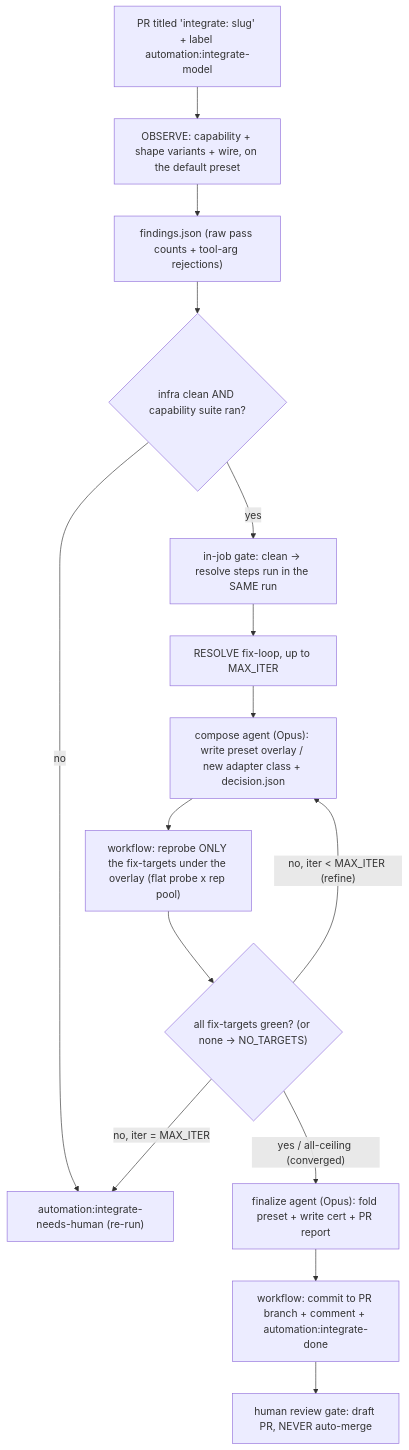
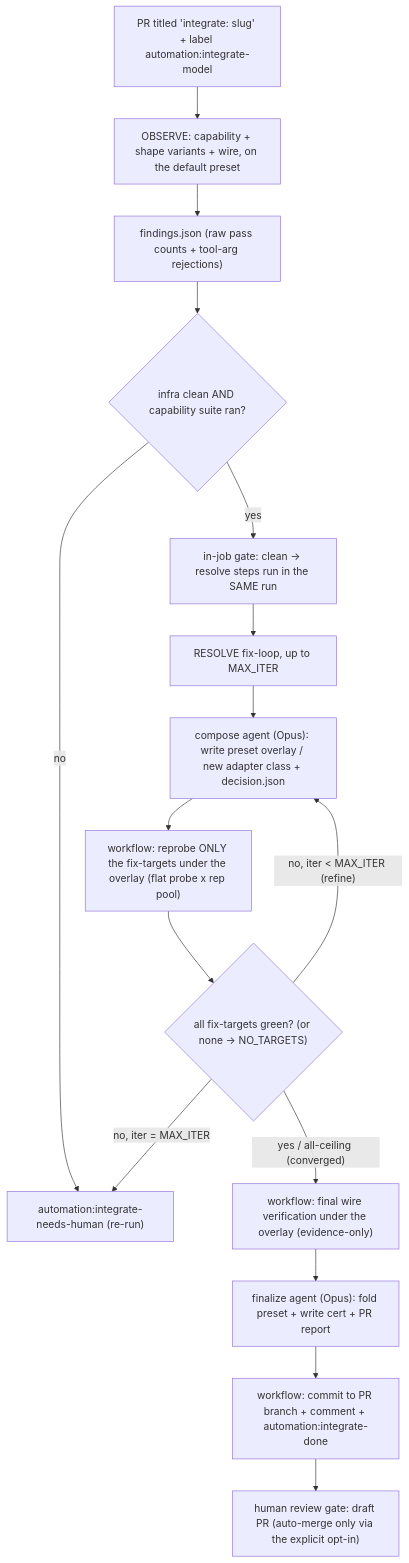
The diagram in docs/AUTO_INTEGRATION.md (Toloka/tolokaforge), drawn with Mermaid before and after one commit. The commit also changed other lines of this file, not shown here.

First line of the commit message:
docs(automation): align the never-merges intro with the auto-merge opt-in; document the gate, wire pass, and artifacts

````diff
--- a/docs/AUTO_INTEGRATION.md
+++ b/docs/AUTO_INTEGRATION.md
@@ -27,17 +28,18 @@
 ```mermaid
 flowchart TD
     A["PR titled 'integrate: slug' + label automation:integrate-model"] --> B["OBSERVE: capability + shape variants + wire, on the default preset"]
     B --> C["findings.json (raw pass counts + tool-arg rejections)"]
     C --> D{"infra clean AND capability suite ran?"}
     D -- "no" --> H["automation:integrate-needs-human (re-run)"]
     D -- "yes" --> E["in-job gate: clean -> resolve steps run in the SAME run"]
     E --> F["RESOLVE fix-loop, up to MAX_ITER"]
     F --> G["compose agent (Opus): write preset overlay / new adapter class + decision.json"]
     G --> I["workflow: reprobe ONLY the fix-targets under the overlay (flat probe x rep pool)"]
     I --> J{"all fix-targets green? (or none -> NO_TARGETS)"}
     J -- "no, iter < MAX_ITER (refine)" --> G
     J -- "no, iter = MAX_ITER" --> H
-    J -- "yes / all-ceiling (converged)" --> K["finalize agent (Opus): fold preset + write cert + PR report"]
+    J -- "yes / all-ceiling (converged)" --> W["workflow: final wire verification under the overlay (evidence-only)"]
+    W --> K["finalize agent (Opus): fold preset + write cert + PR report"]
     K --> L["workflow: commit to PR branch + comment + automation:integrate-done"]
-    L --> M["human review gate: draft PR, NEVER auto-merge"]
+    L --> M["human review gate: draft PR (auto-merge only via the explicit opt-in)"]
 ```
````
